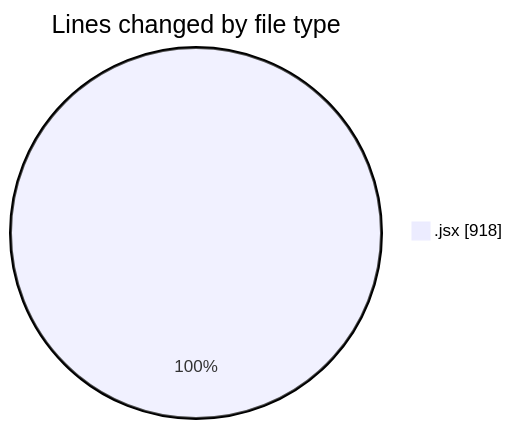
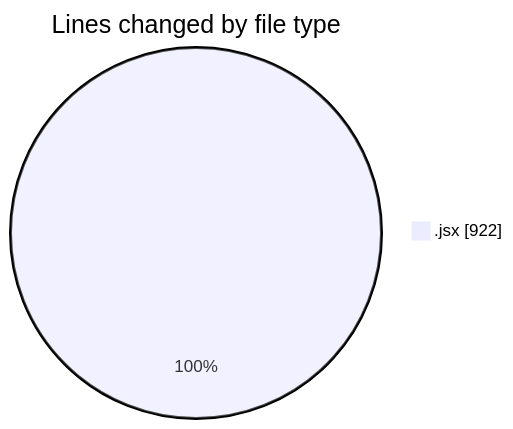
The first of 2 diagrams in 2025-06-30/argos/README.md (nxtqubesakshisongat/code-tracking), drawn with Mermaid before and after one commit. The commit also changed other lines of this file and 1 other file, not shown here.

````diff
--- a/2025-06-30/argos/README.md
+++ b/2025-06-30/argos/README.md
@@ -22,5 +22,5 @@
 ```mermaid
 pie showData
 title Lines changed by file type
-".jsx" : 918
+".jsx" : 922
 ```
````
